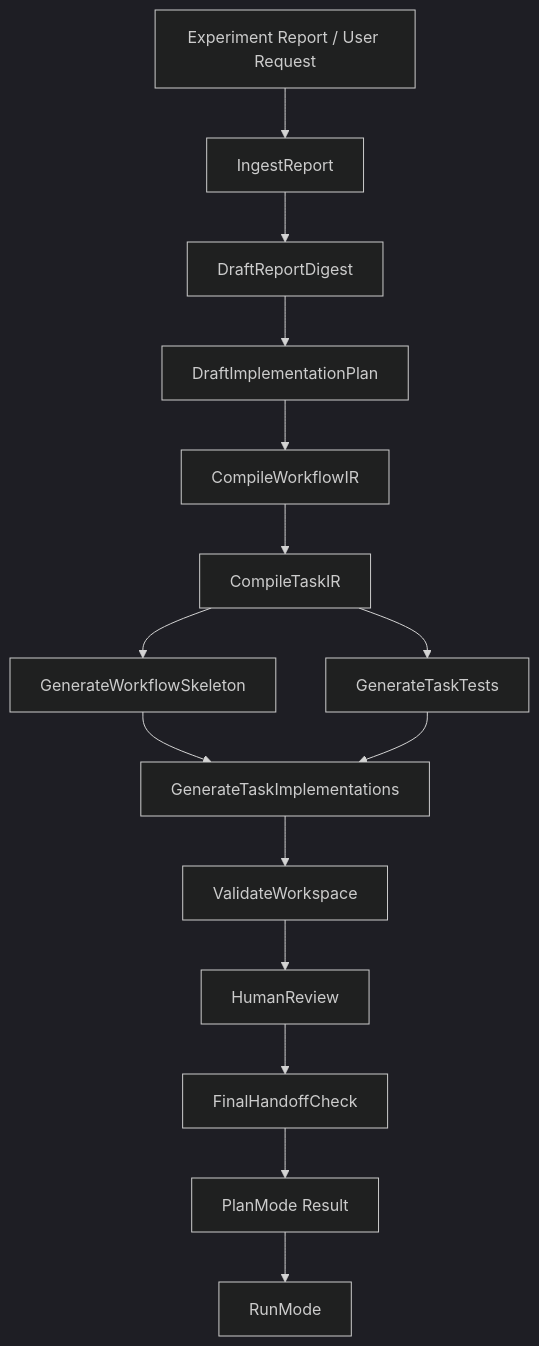
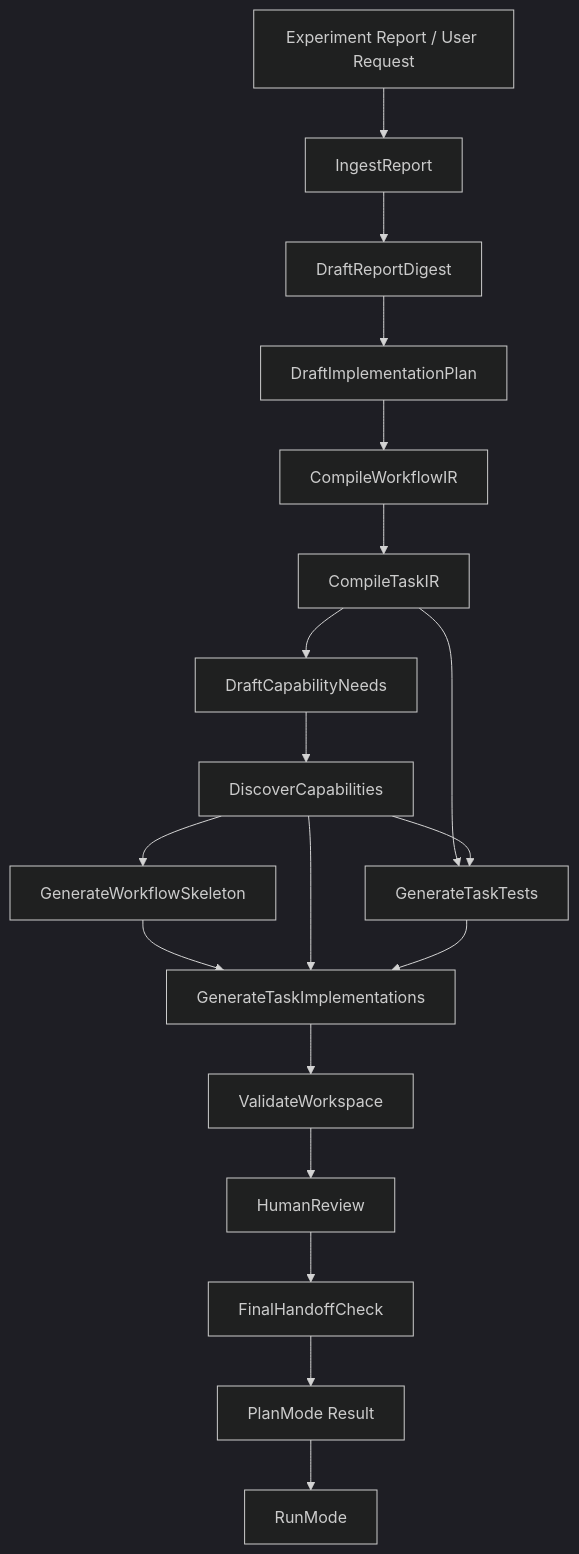
One commit to Roy-Kid/molexp changed the diagram in docs/architecture/plan-mode.md. Above: the diagram before and after it, drawn with Mermaid (dark theme). The commit also changed other lines of this file and 5 other files, not shown here.

````diff
--- a/docs/architecture/plan-mode.md
+++ b/docs/architecture/plan-mode.md
@@ -15,17 +15,21 @@
 ```mermaid
 flowchart TD
     A["Experiment Report / User Request"] --> B["IngestReport"]
     B --> C["DraftReportDigest"]
     C --> D["DraftImplementationPlan"]
     D --> E["CompileWorkflowIR"]
     E --> F["CompileTaskIR"]
-    F --> G["GenerateWorkflowSkeleton"]
+    F --> CN["DraftCapabilityNeeds"]
+    CN --> CD["DiscoverCapabilities"]
+    CD --> G["GenerateWorkflowSkeleton"]
     F --> H["GenerateTaskTests"]
+    CD --> H
     G --> I["GenerateTaskImplementations"]
+    CD --> I
     H --> I
     I --> J["ValidateWorkspace"]
     J --> K["HumanReview"]
     K --> X["FinalHandoffCheck"]
     X --> L["PlanMode Result"]
     L --> M["RunMode"]
 ```
````
